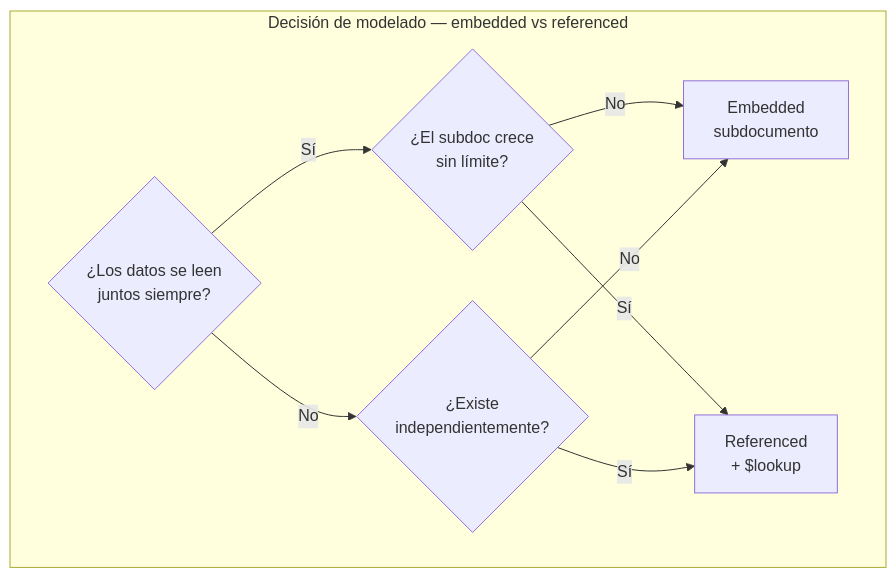
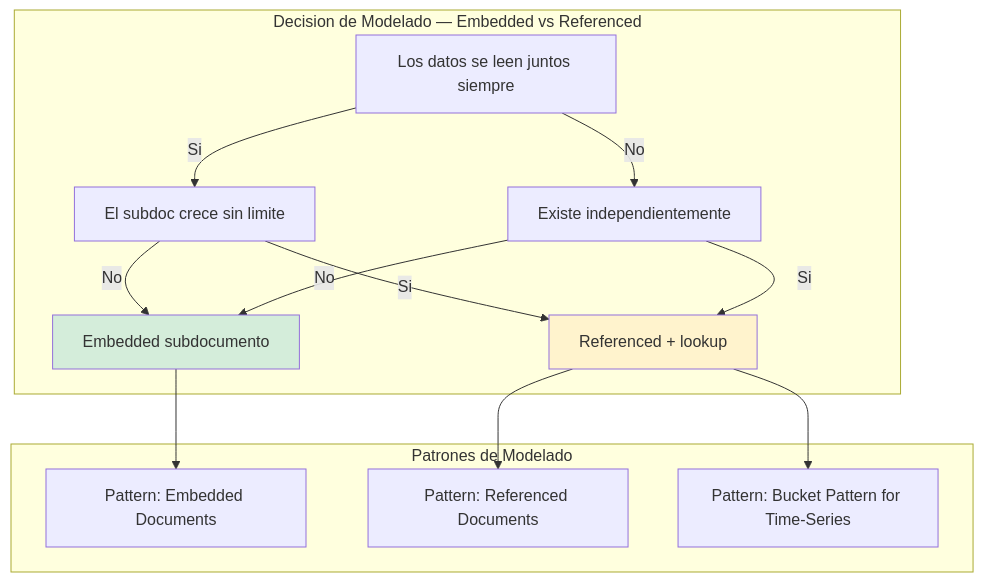
Before and after one commit to Joaquinriosheredia/DAM-Java-Mastery: the first of 5 diagrams in 04_Bases_de_Datos/mongodb_con_java_21_modelado_de_documentos_y_agregaciones_avanzadas_STAFF.md, drawn with Mermaid. The commit also changed other lines of this file, not shown here.

Commit message:
mongodb_con_java_21_modelado_de_documentos_y_agregaciones_avanzadas_STAFF.md

````diff
--- a/04_Bases_de_Datos/mongodb_con_java_21_modelado_de_documentos_y_agregaciones_avanzadas_STAFF.md
+++ b/04_Bases_de_Datos/mongodb_con_java_21_modelado_de_documentos_y_agregaciones_avanzadas_STAFF.md
@@ -35,11 +44,20 @@
 ```mermaid
 graph TD
-    subgraph "Decisión de modelado — embedded vs referenced"
-        A{¿Los datos se leen\njuntos siempre?} -->|Sí| B{¿El subdoc crece\nsin límite?}
-        B -->|No| EMB[Embedded\nsubdocumento]
-        B -->|Sí| REF[Referenced\n+ $lookup]
-        A -->|No| C{¿Existe\nindependientemente?}
-        C -->|Sí| REF
+    subgraph "Decision de Modelado — Embedded vs Referenced"
+        A[Los datos se leen juntos siempre] -->|Si| B[El subdoc crece sin limite]
+        B -->|No| EMB[Embedded subdocumento]
+        B -->|Si| REF[Referenced + lookup]
+        A -->|No| C[Existe independientemente]
+        C -->|Si| REF
         C -->|No| EMB
     end
+    
+    subgraph "Patrones de Modelado"
+        EMB --> PAT1[Pattern: Embedded Documents]
+        REF --> PAT2[Pattern: Referenced Documents]
+        REF --> PAT3[Pattern: Bucket Pattern for Time-Series]
+    end
+    
+    style EMB fill:#d4edda
+    style REF fill:#fff3cd
 ```
````
